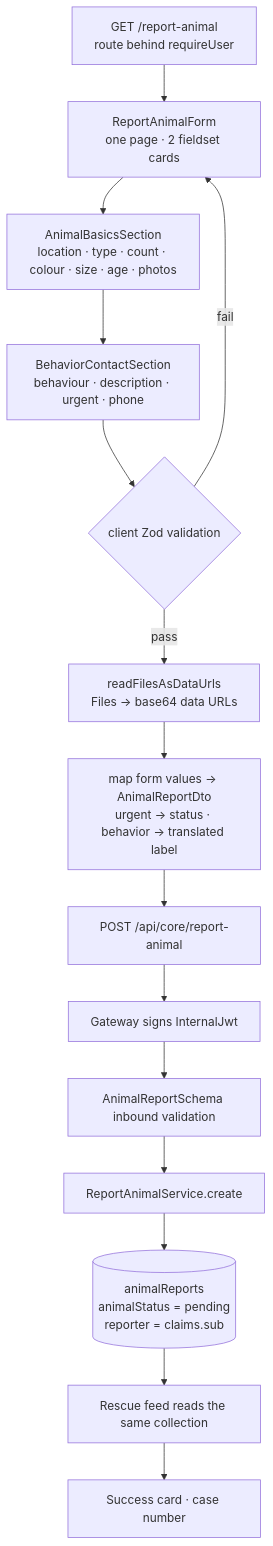
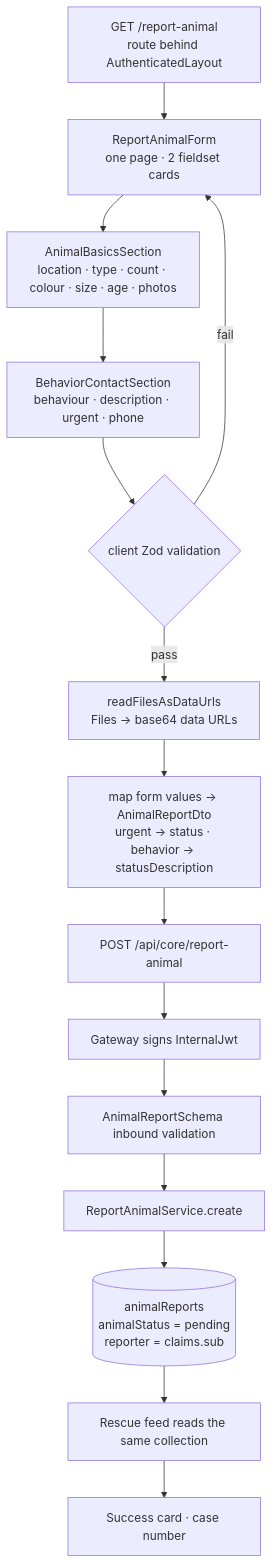
One commit to aoda-zhang/PawHaven-FullStack-React-NodeJS changed the diagram in docs/features/03-report-animal.md. Above: the diagram before and after it, drawn with Mermaid. The commit also changed other lines of this file and 133 other files, not shown here.

````diff
--- a/docs/features/03-report-animal.md
+++ b/docs/features/03-report-animal.md
@@ -74,17 +80,17 @@
 ```mermaid
 flowchart TD
-    A[GET /report-animal<br/>route behind requireUser] --> B[ReportAnimalForm<br/>one page · 2 fieldset cards]
+    A[GET /report-animal<br/>route behind AuthenticatedLayout] --> B[ReportAnimalForm<br/>one page · 2 fieldset cards]
     B --> C[AnimalBasicsSection<br/>location · type · count · colour · size · age · photos]
     C --> D[BehaviorContactSection<br/>behaviour · description · urgent · phone]
     D --> E{client Zod validation}
     E -- fail --> B
     E -- pass --> F[readFilesAsDataUrls<br/>Files → base64 data URLs]
-    F --> G[map form values → AnimalReportDto<br/>urgent → status · behavior → translated label]
+    F --> G[map form values → AnimalReportDto<br/>urgent → status · behavior → statusDescription]
     G --> H[POST /api/core/report-animal]
     H --> I[Gateway signs InternalJwt]
     I --> J[AnimalReportSchema inbound validation]
     J --> K[ReportAnimalService.create]
     K --> L[(animalReports<br/>animalStatus = pending<br/>reporter = claims.sub)]
     L --> M[Rescue feed reads the same collection]
     M --> N[Success card · case number]
 ```
````
